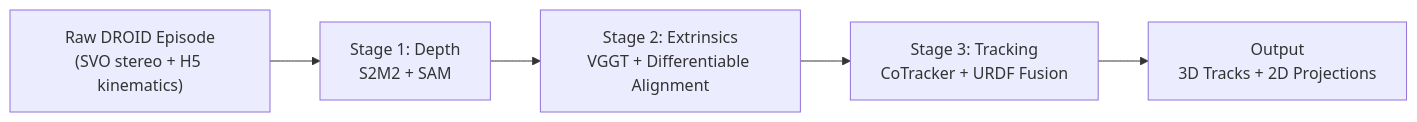
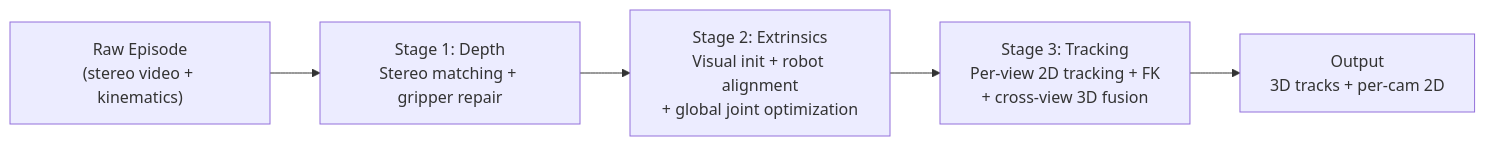
One commit to yangyi02/droid changed the diagram in tech_report/droid_tech_report.md. Above: the diagram before and after it, drawn with Mermaid. The commit also changed other lines of this file and 1 other file, not shown here.

````diff
--- a/tech_report/droid_tech_report.md
+++ b/tech_report/droid_tech_report.md
@@ -30,7 +37,7 @@
 ```mermaid
 graph LR
-    A["Raw DROID Episode<br/>(SVO stereo + H5 kinematics)"] --> B["Stage 1: Depth<br/>S2M2 + SAM"]
-    B --> C["Stage 2: Extrinsics<br/>VGGT + Differentiable Alignment"]
-    C --> D["Stage 3: Tracking<br/>CoTracker + URDF Fusion"]
-    D --> E["Output<br/>3D Tracks + 2D Projections"]
+    A["Raw Episode<br/>(stereo video + kinematics)"] --> B["Stage 1: Depth<br/>Stereo matching + gripper repair"]
+    B --> C["Stage 2: Extrinsics<br/>Visual init + robot alignment<br/>+ global joint optimization"]
+    C --> D["Stage 3: Tracking<br/>Per-view 2D tracking + FK<br/>+ cross-view 3D fusion"]
+    D --> E["Output<br/>3D tracks + per-cam 2D"]
 ```
````
